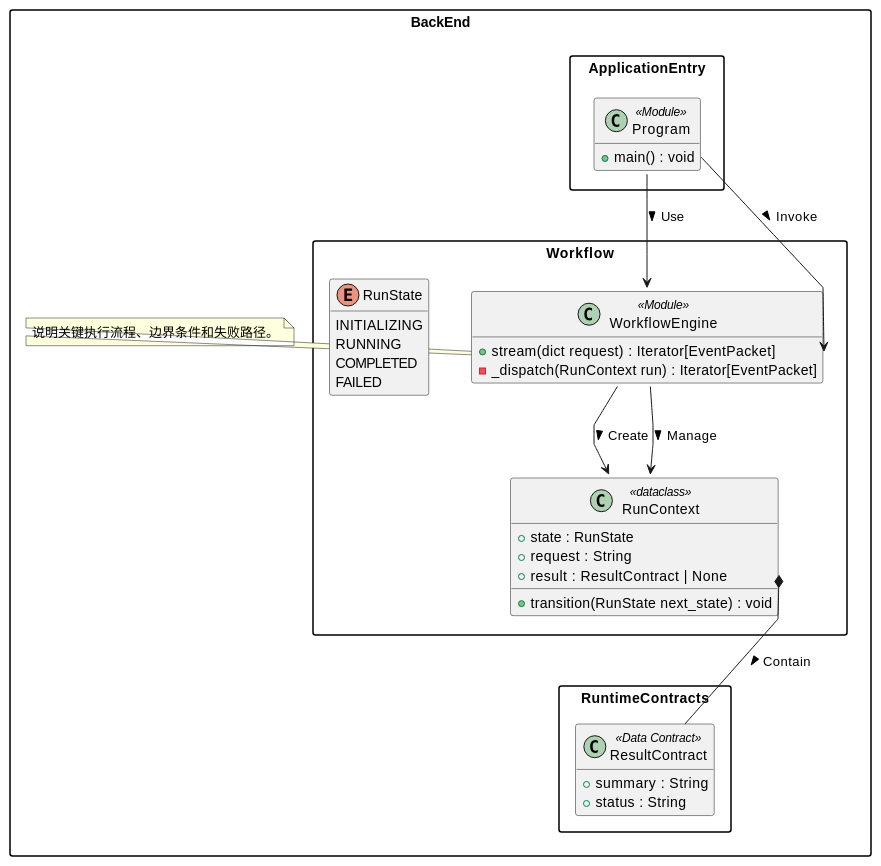
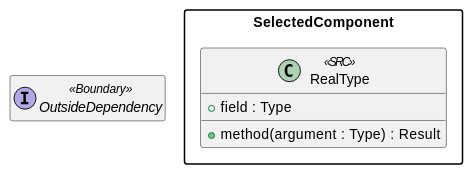
One commit to iiishop/EvoGraph changed the diagram in backend/evograph/resources/uml-style.md. Above: the diagram before and after it, drawn with PlantUML. The commit also changed other lines of this file and 37 other files, not shown here.

Commit message:
feat: integrate scoped class detail into architecture workflows

````diff
--- a/backend/evograph/resources/uml-style.md
+++ b/backend/evograph/resources/uml-style.md
@@ -686,61 +35,16 @@
 ```plantuml
-@startuml Project_BackEnd_ClassDiagram
+@startuml
+skinparam packageStyle rectangle
 skinparam linetype polyline
-skinparam packageStyle rectangle
 hide empty members
-
-' Commit: <commit-sha>
-' Scope: backend
-
-package BackEnd {
-
-    package ApplicationEntry {
-        class Program <<Module>> {
-            + main() : void
-        }
-    }
-
-    package Workflow {
-        enum RunState {
-            INITIALIZING
-            RUNNING
-            COMPLETED
-            FAILED
-        }
-
-        class RunContext <<dataclass>> {
-            + state : RunState
-            + request : String
-            + result : ResultContract | None
-            + transition(RunState next_state) : void
-        }
-
-        class WorkflowEngine <<Module>> {
-            + stream(dict request) : Iterator[EventPacket]
-            - _dispatch(RunContext run) : Iterator[EventPacket]
-        }
-    }
-
-    package RuntimeContracts {
-        class ResultContract <<Data Contract>> {
-            + summary : String
-            + status : String
-        }
-    }
-
-    Program::main --> WorkflowEngine::stream : Invoke >
-    WorkflowEngine --> RunContext : Create >
-    RunContext::result *-- ResultContract : Contain >
-
-    note right of WorkflowEngine::_dispatch
-        说明关键执行流程、边界条件和失败路径。
-    end note
-
-    together {
-        Program --> WorkflowEngine : Use >
-        WorkflowEngine --> RunContext : Manage >
+' Commit: <baseline commit>
+' Scope: <selected components and files>
+package SelectedComponent {
+    class RealType <<SRC>> {
+        + field : Type
+        + method(argument : Type) : Result
     }
 }
-
+interface OutsideDependency <<Boundary>>
 @enduml
 ```
````
